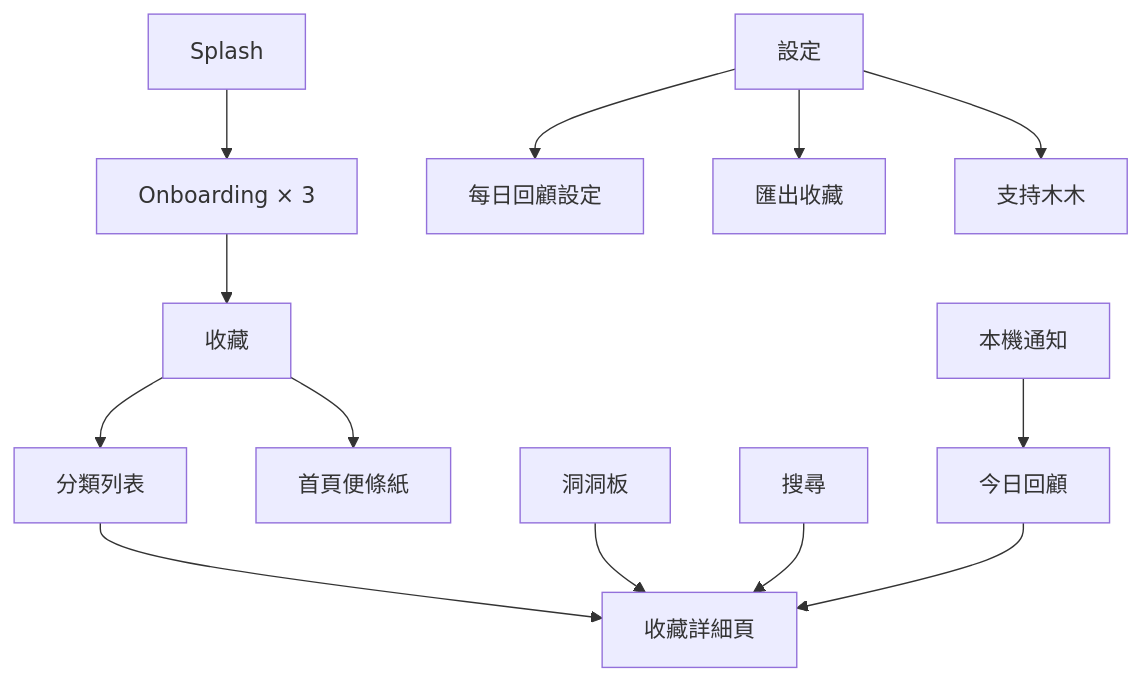
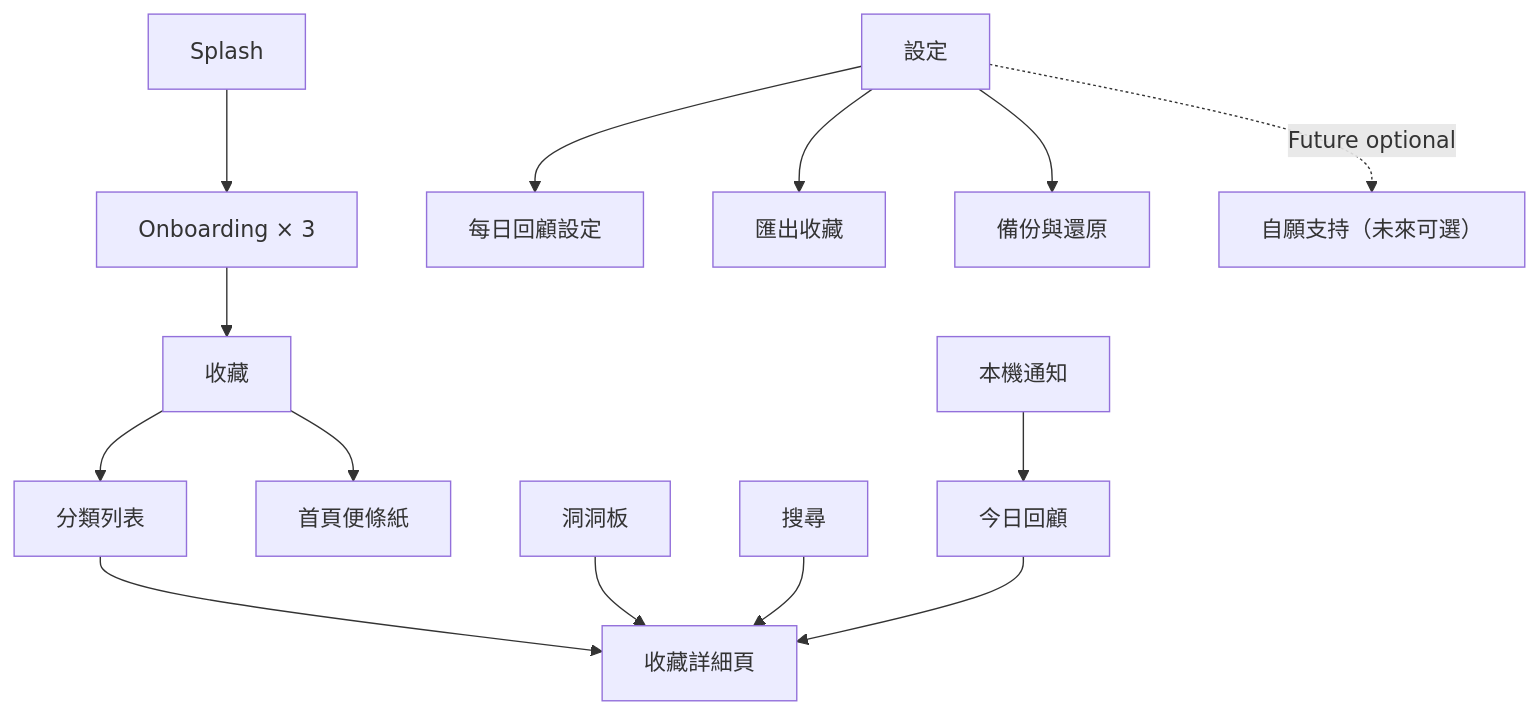
The diagram in docs/等等看_PRD_v1.0.md (mumuworks/dengdengkan), drawn with Mermaid before and after one commit. The commit also changed other lines of this file and 6 other files, not shown here.

````diff
--- a/docs/等等看_PRD_v1.0.md
+++ b/docs/等等看_PRD_v1.0.md
@@ -138,15 +142,16 @@
 ```mermaid
 flowchart TD
     A["Splash"] --> B["Onboarding × 3"]
     B --> C["收藏"]
     C --> D["分類列表"]
     D --> E["收藏詳細頁"]
     C --> F["首頁便條紙"]
     G["洞洞板"] --> E
     H["搜尋"] --> E
     I["設定"] --> J["每日回顧設定"]
     I --> K["匯出收藏"]
-    I --> L["支持木木"]
+    I --> O["備份與還原"]
+    I -. Future optional .-> L["自願支持（未來可選）"]
     M["本機通知"] --> N["今日回顧"]
     N --> E
 ```
````
